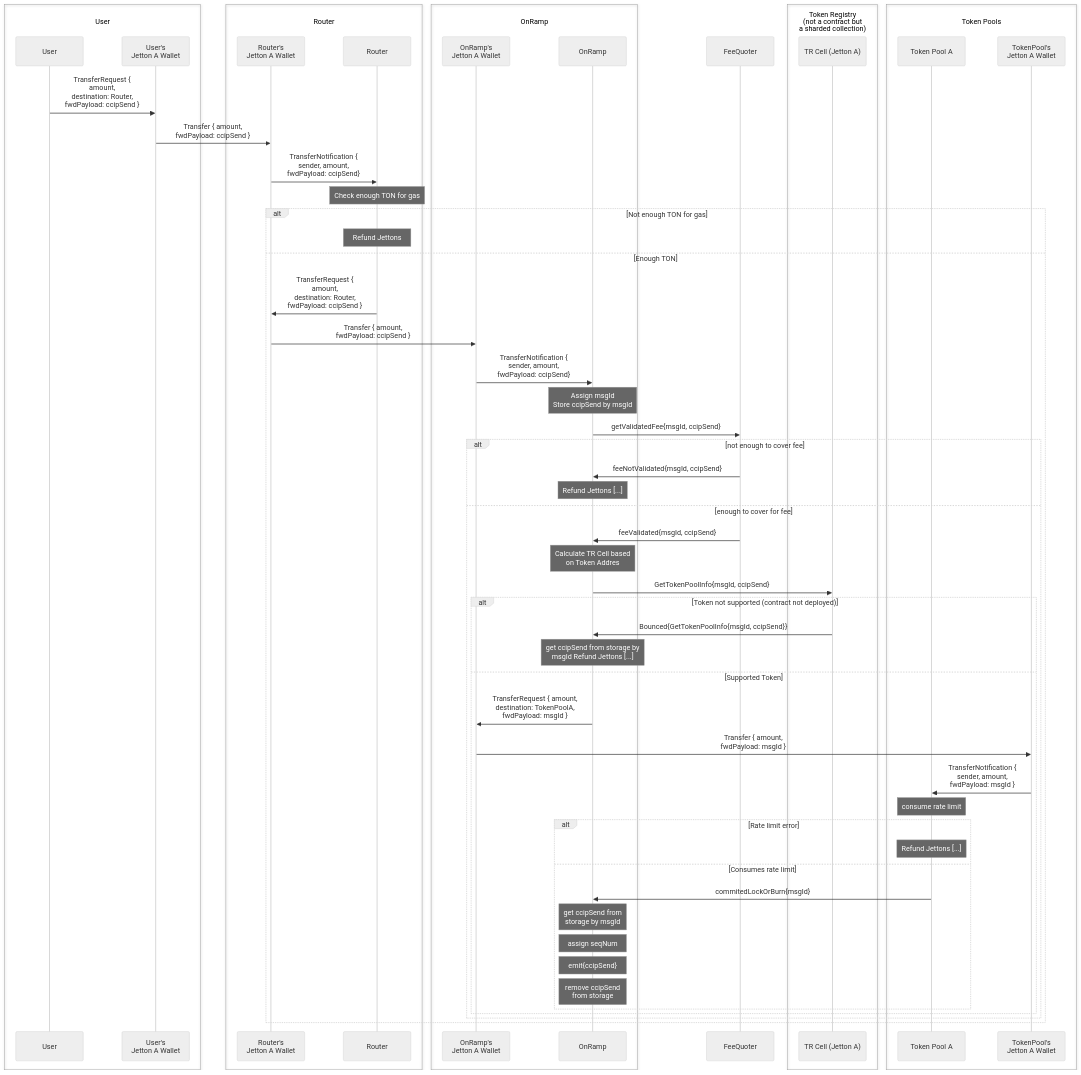
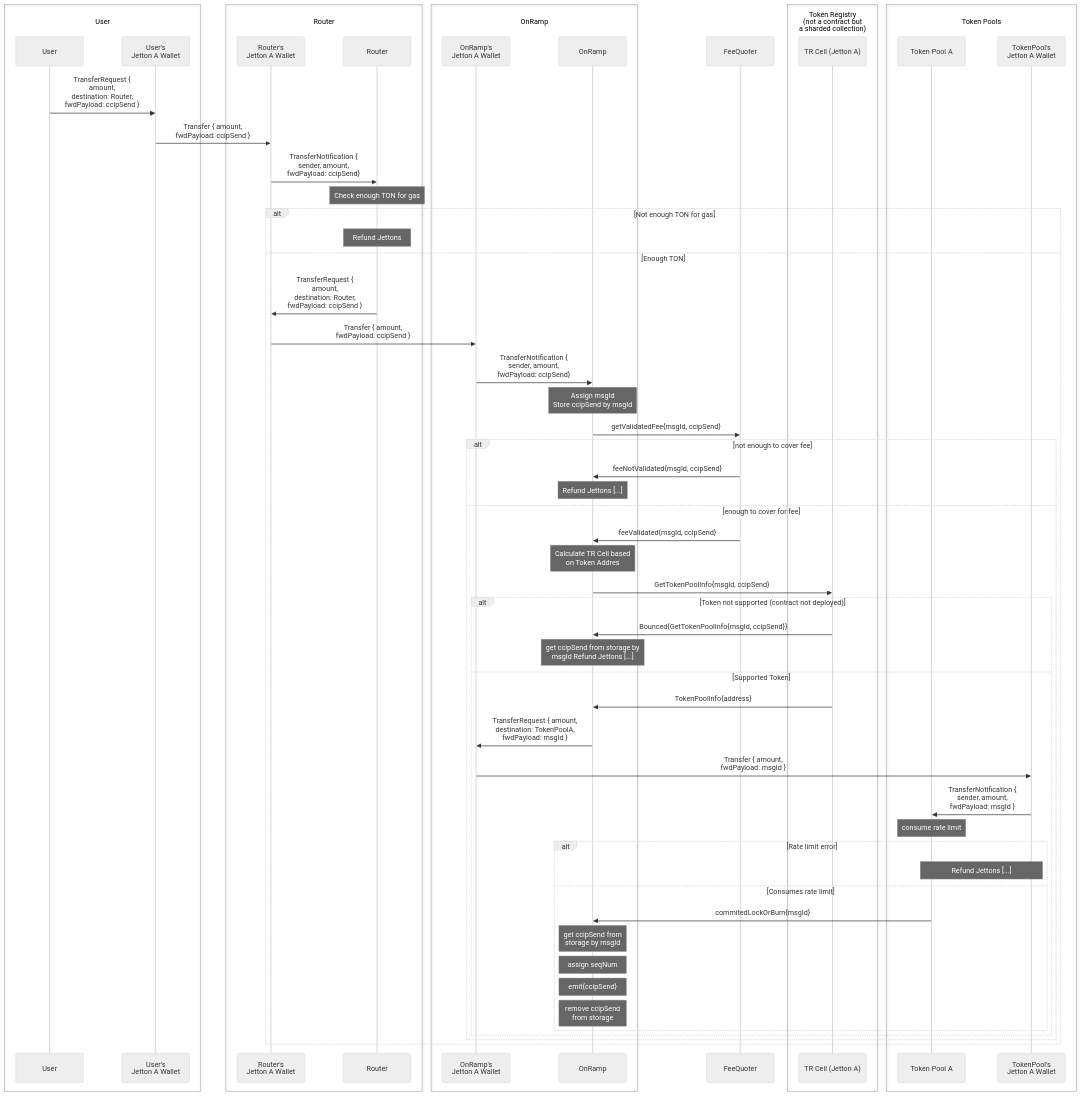
One commit to smartcontractkit/chainlink-ton changed the diagram in docs/contracts/flow.md. Above: the diagram before and after it, drawn with Mermaid (neutral theme).

Commit message:
fix: missing reply from token pool

```diff
--- a/docs/contracts/flow.md
+++ b/docs/contracts/flow.md
@@ -69,6 +69,7 @@
     TRC ->> OR: Bounced{GetTokenPoolInfo{msgId, ccipSend}}
     Note over OR: get ccipSend from storage by<br>msgId Refund Jettons [...]
     else Supported Token
+    TRC ->> OR: TokenPoolInfo{address}
 
     OR ->> ORJW: TransferRequest { amount,<br>destination: TokenPoolA,<br>fwdPayload: msgId }
     
@@ -76,7 +77,7 @@
     TPJW ->> TP: TransferNotification {<br>sender, amount,<br>fwdPayload: msgId }
     Note over TP: consume rate limit
     alt Rate limit error
-    Note over TP: Refund Jettons [...]
+    Note over TP, TPJW: Refund Jettons [...]
 
     else Consumes rate limit
     TP ->> OR: commitedLockOrBurn{msgId}
```
